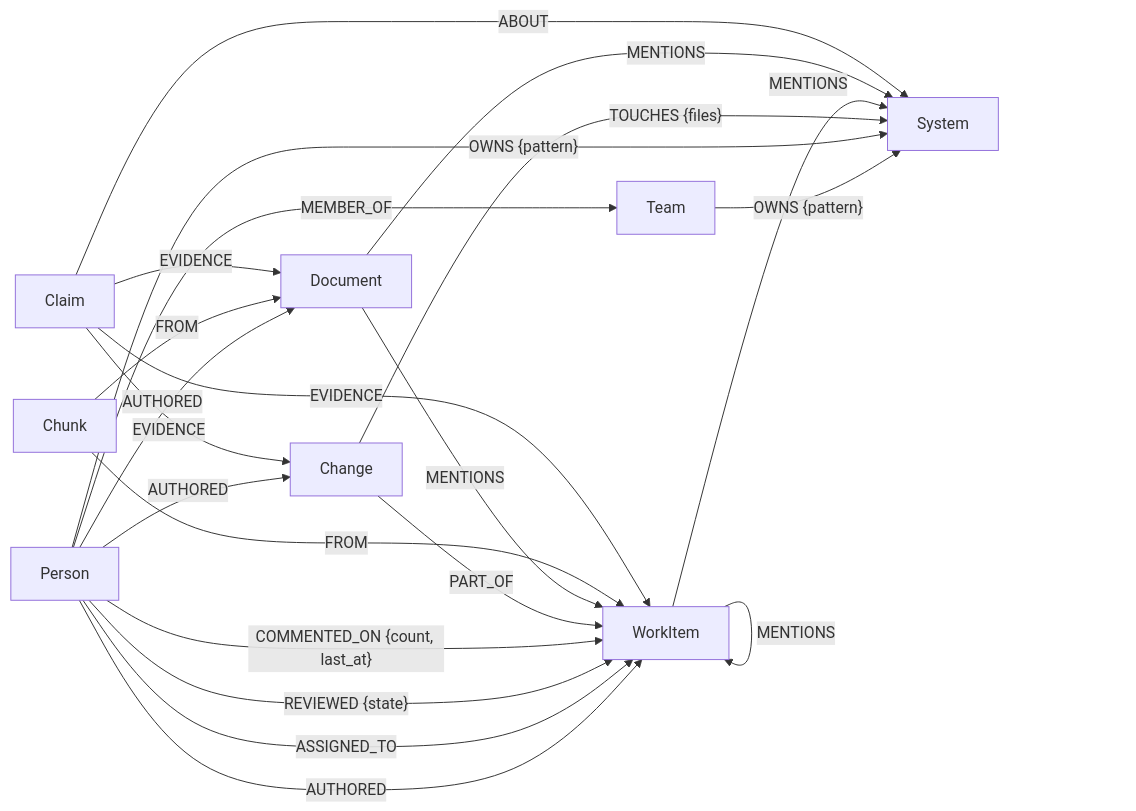
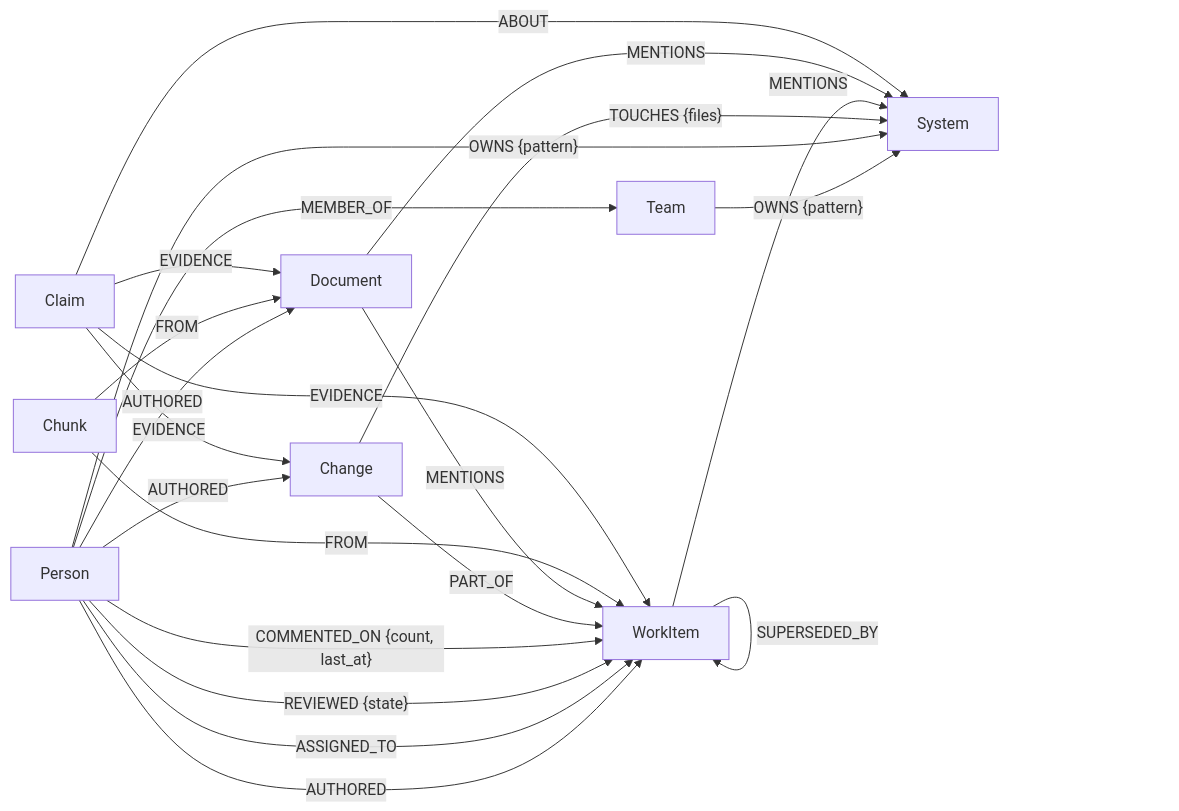
One commit to himanshu634/citadel changed the diagram in docs/graph-model.md. Above: the diagram before and after it, drawn with Mermaid. The commit also changed other lines of this file and 10 other files, not shown here.

````diff
--- a/docs/graph-model.md
+++ b/docs/graph-model.md
@@ -9,26 +9,27 @@
 ```mermaid
 graph LR
   Person -- AUTHORED --> Change
   Person -- AUTHORED --> WorkItem
   Person -- AUTHORED --> Document
   Person -- ASSIGNED_TO --> WorkItem
   Person -- "REVIEWED {state}" --> WorkItem
   Person -- "COMMENTED_ON {count, last_at}" --> WorkItem
   Person -- MEMBER_OF --> Team
   Team -- "OWNS {pattern}" --> System
   Person -- "OWNS {pattern}" --> System
   Change -- "TOUCHES {files}" --> System
   Change -- PART_OF --> WorkItem
   WorkItem -- CLOSES --> WorkItem
   WorkItem -- BLOCKS --> WorkItem
   WorkItem -- MENTIONS --> WorkItem
+  WorkItem -- SUPERSEDED_BY --> WorkItem
   WorkItem -- MENTIONS --> System
   Document -- MENTIONS --> WorkItem
   Document -- MENTIONS --> System
   Chunk -- FROM --> WorkItem
   Chunk -- FROM --> Document
   Claim -- ABOUT --> System
   Claim -- EVIDENCE --> Change
   Claim -- EVIDENCE --> WorkItem
   Claim -- EVIDENCE --> Document
 ```
````
